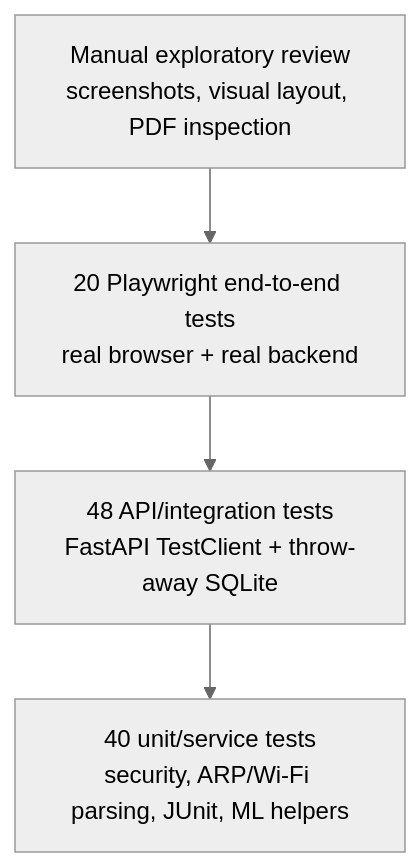
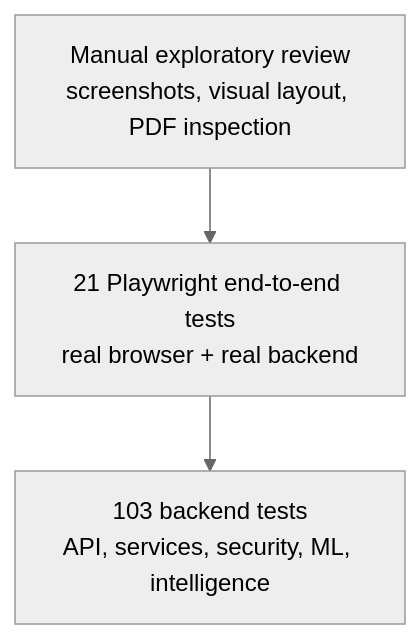
Before and after one commit to mohamedsuhail2218/my-project: the diagram in NetPulse-AI/documentation/05-testing-and-results.md, drawn with Mermaid (neutral theme). The commit also changed other lines of this file and 30 other files, not shown here.

````diff
--- a/NetPulse-AI/documentation/05-testing-and-results.md
+++ b/NetPulse-AI/documentation/05-testing-and-results.md
@@ -59,9 +59,8 @@
 ```mermaid
 flowchart TB
-    E2E["20 Playwright end-to-end tests<br/>real browser + real backend"]
-    INT["48 API/integration tests<br/>FastAPI TestClient + throw-away SQLite"]
-    UNIT["40 unit/service tests<br/>security, ARP/Wi-Fi parsing, JUnit, ML helpers"]
+    E2E["21 Playwright end-to-end tests<br/>real browser + real backend"]
+    BACK["103 backend tests<br/>API, services, security, ML, intelligence"]
     MAN["Manual exploratory review<br/>screenshots, visual layout, PDF inspection"]
 
-    MAN --> E2E --> INT --> UNIT
+    MAN --> E2E --> BACK
 ```
````
